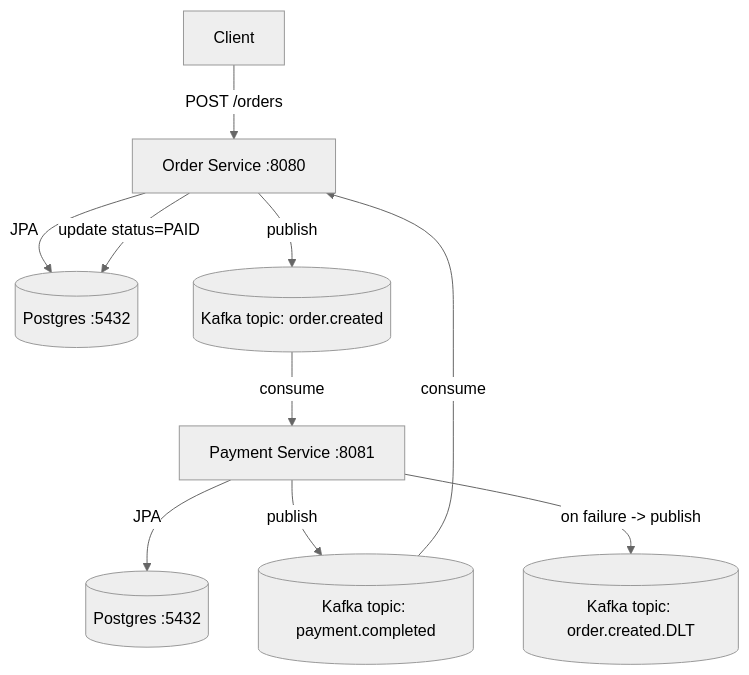
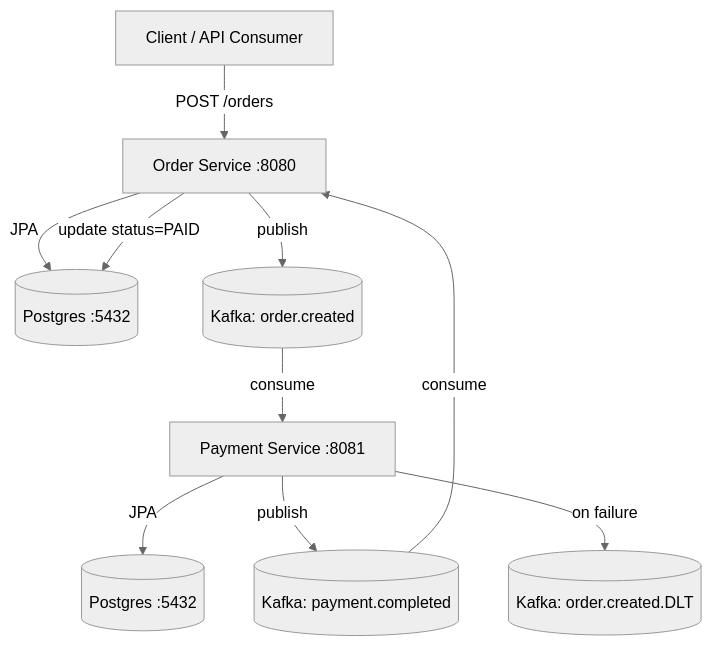
The diagram in README.md (sud018/event-driven-order-platform), drawn with Mermaid (neutral theme) before and after one commit.

````diff
--- a/README.md
+++ b/README.md
@@ -17,17 +17,17 @@
 ```mermaid
 flowchart TD
-  Client -->|POST /orders| OrderSvc[Order Service :8080]
-  OrderSvc -->|JPA| OrdersDB[(Postgres :5432)]
-  OrderSvc -->|publish| OC[(Kafka topic: order.created)]
+    Client[Client / API Consumer]
 
-  OC -->|consume| PaySvc[Payment Service :8081]
-  PaySvc -->|JPA| PayDB[(Postgres :5432)]
-  PaySvc -->|publish| PC[(Kafka topic: payment.completed)]
+    Client -->|POST /orders| OrderSvc[Order Service :8080]
+    OrderSvc -->|JPA| OrdersDB[(Postgres :5432)]
+    OrderSvc -->|publish| OC[(Kafka: order.created)]
 
-  PC -->|consume| OrderSvc
-  OrderSvc -->|update status=PAID| OrdersDB
+    OC -->|consume| PaySvc[Payment Service :8081]
+    PaySvc -->|JPA| PayDB[(Postgres :5432)]
+    PaySvc -->|publish| PC[(Kafka: payment.completed)]
 
-  %% DLT is published by Payment Service error handler
-  PaySvc -->|on failure -> publish| DLT[(Kafka topic: order.created.DLT)]
+    PC -->|consume| OrderSvc
+    OrderSvc -->|update status=PAID| OrdersDB
 
+    PaySvc -->|on failure| DLT[(Kafka: order.created.DLT)]
 ```
````
